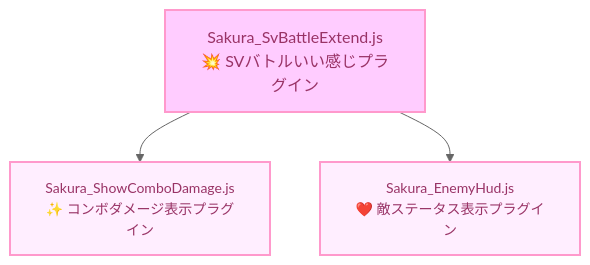
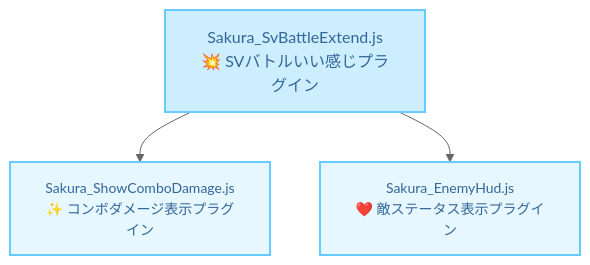
One commit to Sakurano6130/SakuraPlugins changed the diagram in Sakura_SvBattleExtend/Sakura_SvBattleExtend.md. Above: the diagram before and after it, drawn with Mermaid (neutral theme). The commit also changed other lines of this file, not shown here.

Commit message:
feat: ✨ SvBattleExtend 途中

````diff
--- a/Sakura_SvBattleExtend/Sakura_SvBattleExtend.md
+++ b/Sakura_SvBattleExtend/Sakura_SvBattleExtend.md
@@ -51,17 +48,17 @@
 ```mermaid
 graph TD;
-    style A fill:#FFCCFF,stroke:#FF99CC,stroke-width:2px;
-    style B fill:#FFEEFF,stroke:#FF99CC,stroke-width:2px;
-    style C fill:#FFEEFF,stroke:#FF99CC,stroke-width:2px;
+    style A fill:#CCEEFF,stroke:#66CCFF,stroke-width:2px;
+    style B fill:#E6F7FF,stroke:#66CCFF,stroke-width:2px;
+    style C fill:#E6F7FF,stroke:#66CCFF,stroke-width:2px;
     
     A[Sakura_SvBattleExtend.js<br>💥 SVバトルいい感じプラグイン] --> B[Sakura_ShowComboDamage.js<br>✨ コンボダメージ表示プラグイン];
     A[Sakura_SvBattleExtend.js<br>💥 SVバトルいい感じプラグイン] --> C[Sakura_EnemyHud.js<br>❤️ 敵ステータス表示プラグイン];
     
     A:::highlight;
     B:::normal;
     C:::normal;
     
-    classDef highlight fill:#FFCCFF,stroke:#FF99CC,stroke-width:3px,font-size:16px,color:#993366;
-    classDef normal fill:#FFEEFF,stroke:#FF99CC,stroke-width:2px,font-size:14px,color:#993366;
+    classDef highlight fill:#CCEEFF,stroke:#66CCFF,stroke-width:3px,font-size:16px,color:#336699;
+    classDef normal fill:#E6F7FF,stroke:#66CCFF,stroke-width:2px,font-size:14px,color:#336699;
 
 ```
````
